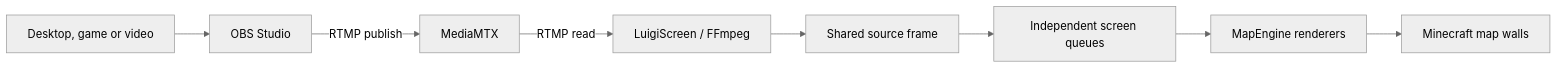
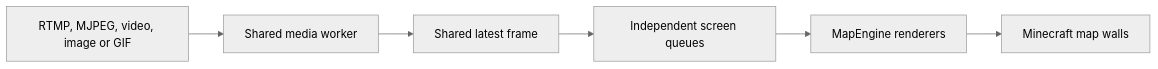
Before and after one commit to unknown-566/LuigiScreen-Wiki: the first of 2 diagrams in concepts/how-it-works.md, drawn with Mermaid (neutral theme). The commit also changed other lines of this file and 14 other files, not shown here.

````diff
--- a/concepts/how-it-works.md
+++ b/concepts/how-it-works.md
@@ -5,10 +5,8 @@
 ```mermaid
 flowchart LR
-    A["Desktop, game or video"] --> B["OBS Studio"]
-    B -->|RTMP publish| C["MediaMTX"]
-    C -->|RTMP read| D["LuigiScreen / FFmpeg"]
-    D --> E["Shared source frame"]
-    E --> F["Independent screen queues"]
-    F --> G["MapEngine renderers"]
-    G --> H["Minecraft map walls"]
+    A["RTMP, MJPEG, video, image or GIF"] --> B["Shared media worker"]
+    B --> C["Shared latest frame"]
+    C --> D["Independent screen queues"]
+    D --> E["MapEngine renderers"]
+    E --> F["Minecraft map walls"]
 ```
````
